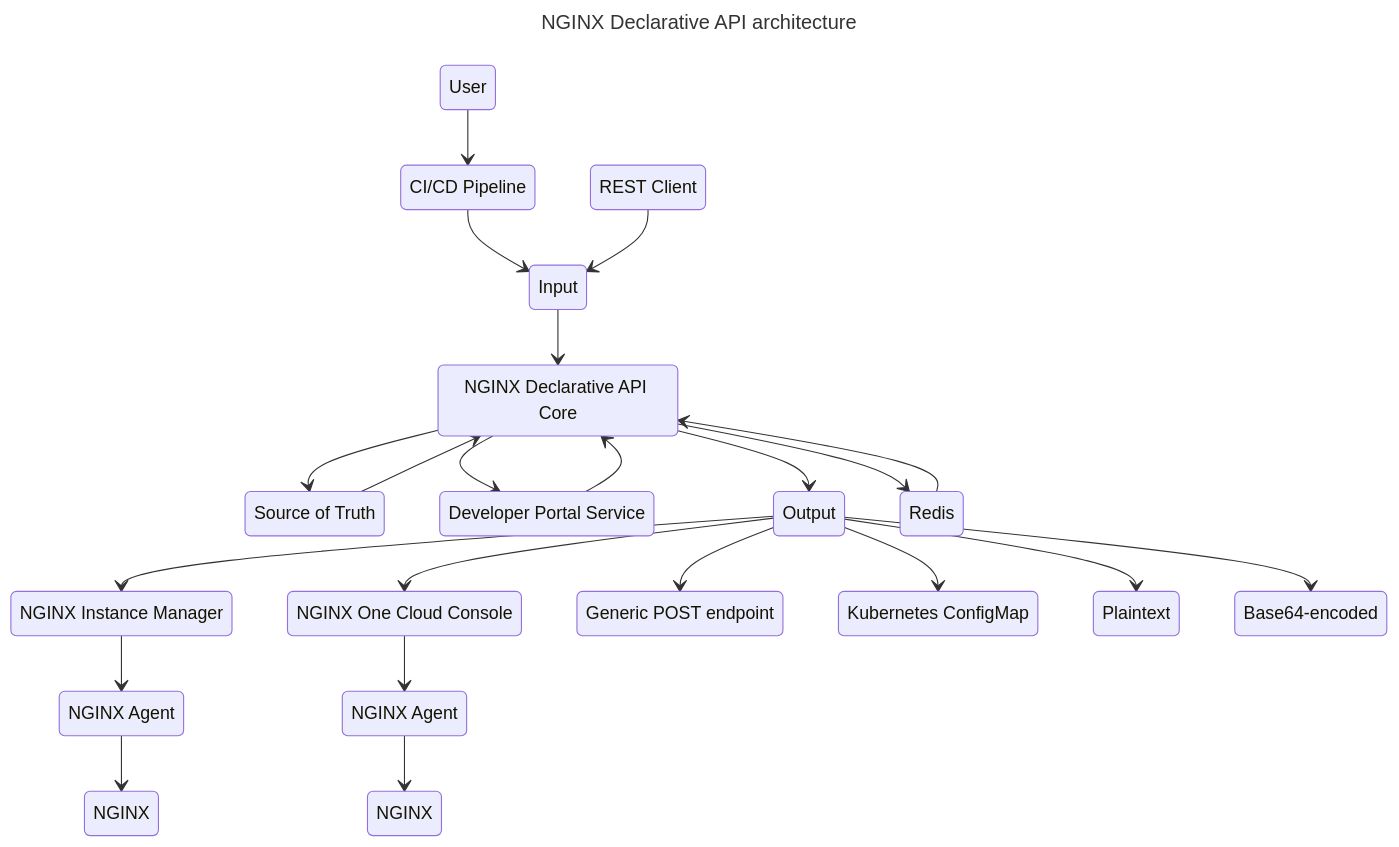
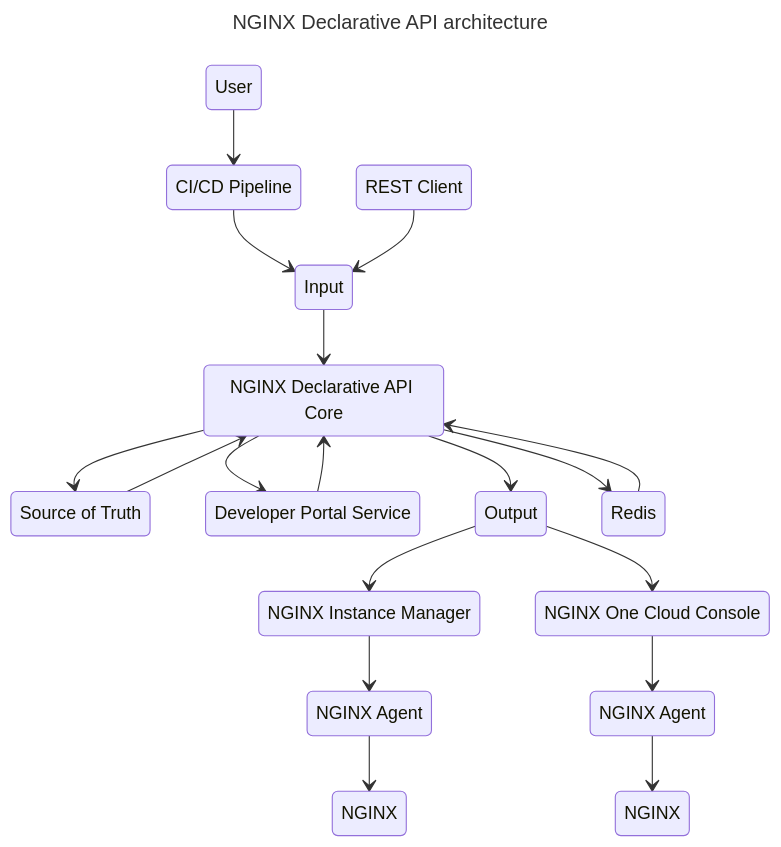
One commit to f5devcentral/NGINX-Declarative-API changed the first of 2 diagrams in README.md. Above: the diagram before and after it, drawn with Mermaid. The commit also changed other lines of this file and 29 other files, not shown here.

````diff
--- a/README.md
+++ b/README.md
@@ -38,47 +37,39 @@
 ```mermaid
 ---
 title: NGINX Declarative API architecture
 ---
 stateDiagram-v2
     DevOps: User
     Client: REST Client
     Pipeline: CI/CD Pipeline
     NIM: NGINX Instance Manager
     N1: NGINX One Cloud Console
     AGENT1: NGINX Agent
     NGINX1: NGINX
     AGENT2: NGINX Agent
     NGINX2: NGINX
     INPUT: Input
     SOT: Source of Truth
     NDAPI: NGINX Declarative API Core
     DEVP: Developer Portal Service
     OUTPUT: Output
     REDIS: Redis
-    POST: Generic POST endpoint
-    CONFIGMAP: Kubernetes ConfigMap
-    PLAINTEXT: Plaintext
-    BASE64: Base64-encoded
 
     DevOps --> Pipeline
     Pipeline --> INPUT
     Client --> INPUT
     INPUT --> NDAPI
     NDAPI --> OUTPUT
     NDAPI --> SOT
     SOT --> NDAPI
     NDAPI --> REDIS
     REDIS --> NDAPI
-    OUTPUT --> BASE64
-    OUTPUT --> POST
-    OUTPUT --> CONFIGMAP
-    OUTPUT --> PLAINTEXT
     OUTPUT --> NIM
     OUTPUT --> N1
     NDAPI --> DEVP
     DEVP --> NDAPI
     NIM --> AGENT1
     AGENT1 --> NGINX1
     N1 --> AGENT2
     AGENT2 --> NGINX2
 ```
````
